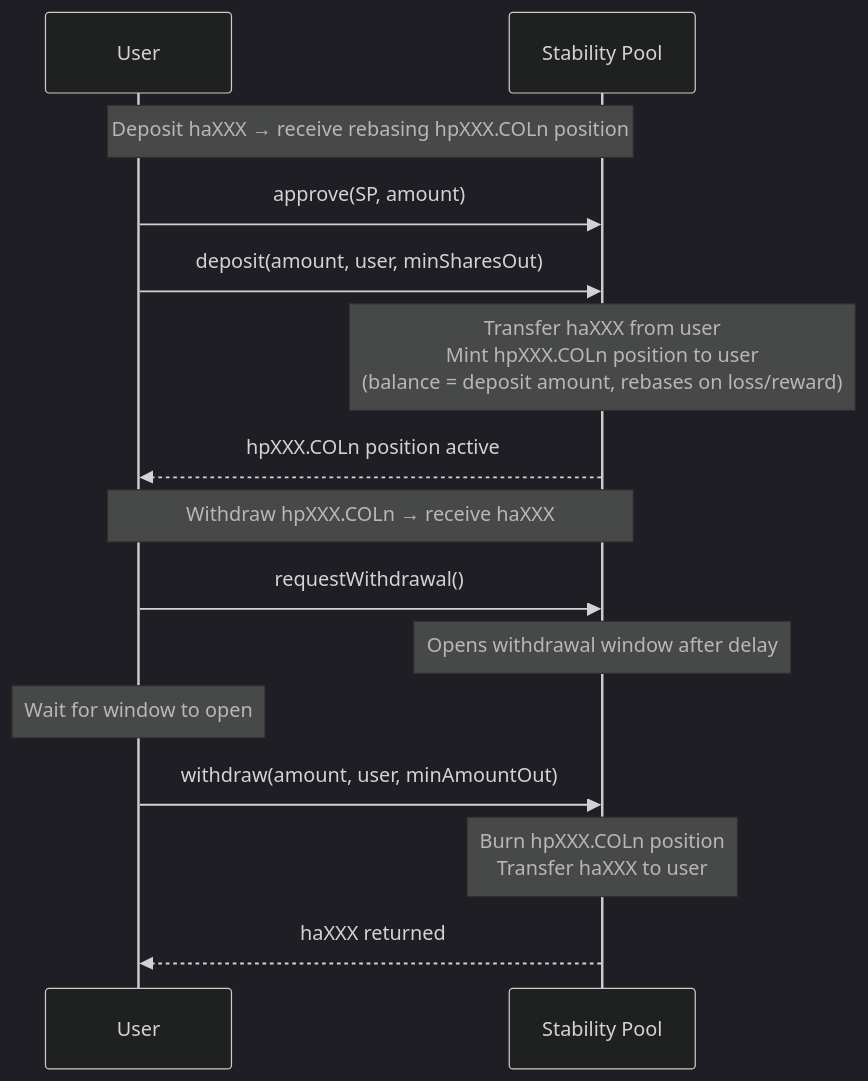
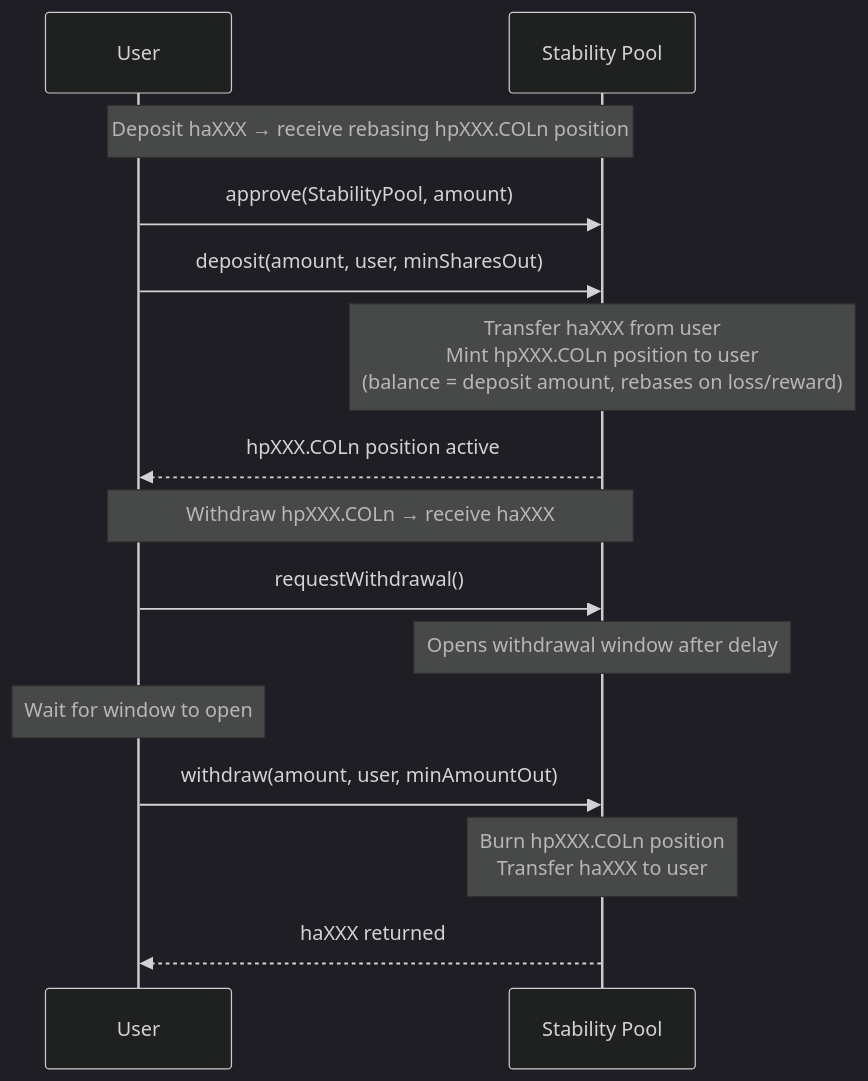
Before and after one commit to baofinance/harbor: the second of 9 diagrams in doc/autocompounding-vault-design.md, drawn with Mermaid (dark theme). The commit also changed other lines of this file and 6 other files, not shown here.

````diff
--- a/doc/autocompounding-vault-design.md
+++ b/doc/autocompounding-vault-design.md
@@ -65,21 +65,21 @@
 ```mermaid
 sequenceDiagram
     participant User
-    participant SP as Stability Pool
+    participant StabilityPool as Stability Pool
 
-    Note over User,SP: Deposit haXXX → receive rebasing hpXXX.COLn position
+    Note over User,StabilityPool: Deposit haXXX → receive rebasing hpXXX.COLn position
 
-    User->>SP: approve(SP, amount)
-    User->>SP: deposit(amount, user, minSharesOut)
-    Note over SP: Transfer haXXX from user<br/>Mint hpXXX.COLn position to user<br/>(balance = deposit amount, rebases on loss/reward)
-    SP-->>User: hpXXX.COLn position active
+    User->>StabilityPool: approve(StabilityPool, amount)
+    User->>StabilityPool: deposit(amount, user, minSharesOut)
+    Note over StabilityPool: Transfer haXXX from user<br/>Mint hpXXX.COLn position to user<br/>(balance = deposit amount, rebases on loss/reward)
+    StabilityPool-->>User: hpXXX.COLn position active
 
-    Note over User,SP: Withdraw hpXXX.COLn → receive haXXX
+    Note over User,StabilityPool: Withdraw hpXXX.COLn → receive haXXX
 
-    User->>SP: requestWithdrawal()
-    Note over SP: Opens withdrawal window after delay
+    User->>StabilityPool: requestWithdrawal()
+    Note over StabilityPool: Opens withdrawal window after delay
     Note over User: Wait for window to open
-    User->>SP: withdraw(amount, user, minAmountOut)
-    Note over SP: Burn hpXXX.COLn position<br/>Transfer haXXX to user
-    SP-->>User: haXXX returned
+    User->>StabilityPool: withdraw(amount, user, minAmountOut)
+    Note over StabilityPool: Burn hpXXX.COLn position<br/>Transfer haXXX to user
+    StabilityPool-->>User: haXXX returned
 ```
````
